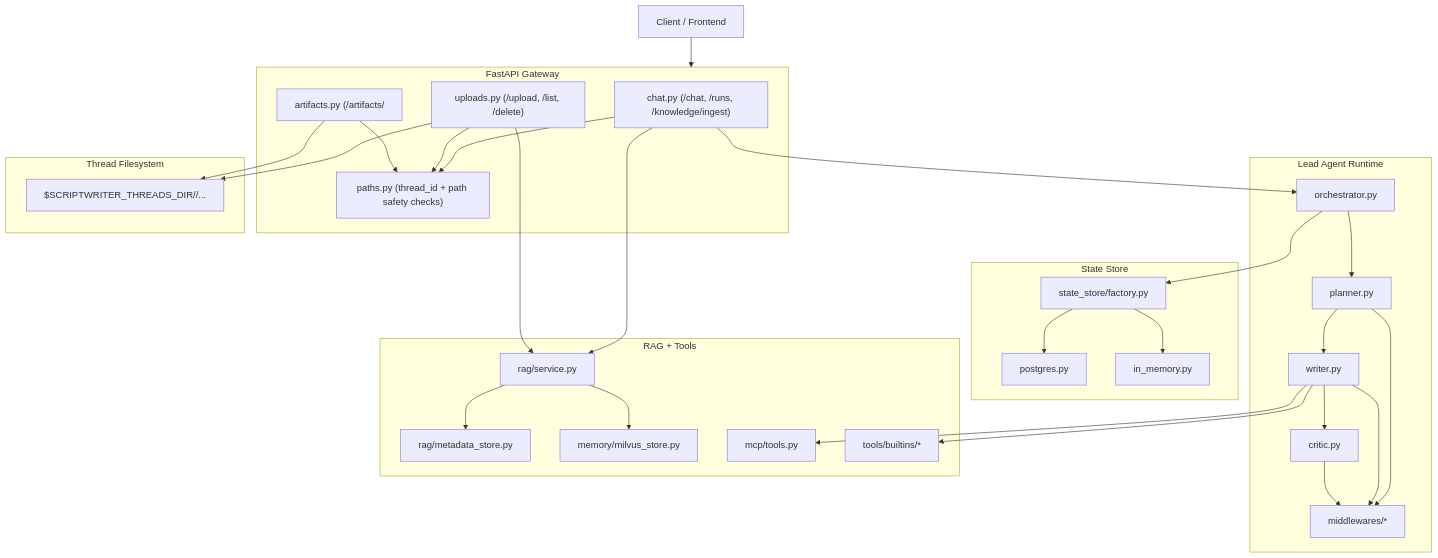
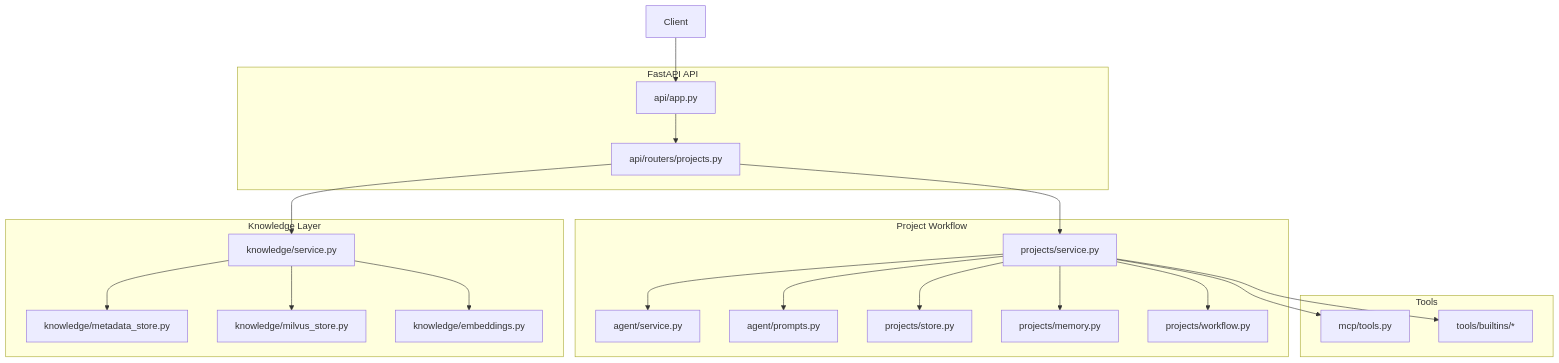
The first of 3 diagrams in docs/en/architecture.md (isWangjianhua/ScriptWriter), drawn with Mermaid before and after one commit. The commit also changed other lines of this file and 13 other files, not shown here.

Commit message:
docs: Update documentation to reflect the new project-centric architecture and workflow.

````diff
--- a/docs/en/architecture.md
+++ b/docs/en/architecture.md
@@ -12,62 +13,44 @@
 ```mermaid
 flowchart TB
-    Client[Client / Frontend]
+    Client[Client]
 
-    subgraph API[FastAPI Gateway]
-      ChatRouter["chat.py (/chat, /runs, /knowledge/ingest)"]
-      UploadRouter["uploads.py (/upload, /list, /delete)"]
-      ArtifactRouter["artifacts.py (/artifacts/<path>)"]
-      PathGuard["paths.py (thread_id + path safety checks)"]
+    subgraph API[FastAPI API]
+      App["api/app.py"]
+      Router["api/routers/projects.py"]
     end
 
-    subgraph Agent[Lead Agent Runtime]
-      Orchestrator["orchestrator.py"]
-      Planner["planner.py"]
-      Writer["writer.py"]
-      Critic["critic.py"]
-      Mid["middlewares/*"]
+    subgraph Workflow[Project Workflow]
+      Service["projects/service.py"]
+      Planner["agent/service.py"]
+      Prompts["agent/prompts.py"]
+      Store["projects/store.py"]
+      Memory["projects/memory.py"]
+      Model["projects/workflow.py"]
     end
 
-    subgraph Store[State Store]
-      Factory["state_store/factory.py"]
-      PG["postgres.py"]
-      MEM["in_memory.py"]
+    subgraph Knowledge[Knowledge Layer]
+      KService["knowledge/service.py"]
+      Meta["knowledge/metadata_store.py"]
+      Milvus["knowledge/milvus_store.py"]
+      Emb["knowledge/embeddings.py"]
     end
 
-    subgraph Knowledge[RAG + Tools]
-      RAG["rag/service.py"]
-      Meta["rag/metadata_store.py"]
-      Milvus["memory/milvus_store.py"]
+    subgraph Tools[Tools]
       MCP["mcp/tools.py"]
       Builtins["tools/builtins/*"]
     end
 
-    subgraph Files[Thread Filesystem]
-      Threads["$SCRIPTWRITER_THREADS_DIR/<thread_id>/..."]
-    end
-
-    Client --> API
-    ChatRouter --> PathGuard
-    UploadRouter --> PathGuard
-    ArtifactRouter --> PathGuard
-
-    ChatRouter --> Orchestrator
-    Orchestrator --> Planner --> Writer --> Critic
-    Planner --> Mid
-    Writer --> Mid
-    Critic --> Mid
-
-    Orchestrator --> Factory
-    Factory --> PG
-    Factory --> MEM
-
-    ChatRouter --> RAG
-    UploadRouter --> RAG
-    RAG --> Meta
-    RAG --> Milvus
-    Writer --> MCP
-    Writer --> Builtins
-
-    UploadRouter --> Threads
-    ArtifactRouter --> Threads
+    Client --> App --> Router
+    Router --> Service
+    Service --> Planner
+    Service --> Prompts
+    Service --> Store
+    Service --> Memory
+    Service --> Model
+    Router --> KService
+    KService --> Meta
+    KService --> Milvus
+    KService --> Emb
+    Service --> MCP
+    Service --> Builtins
 ```
````
